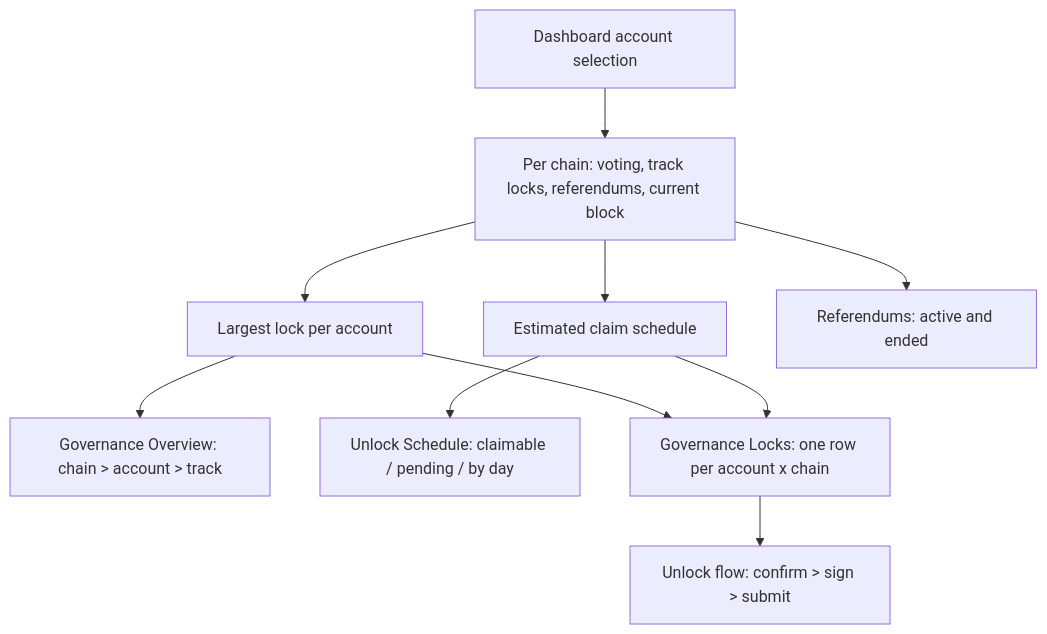
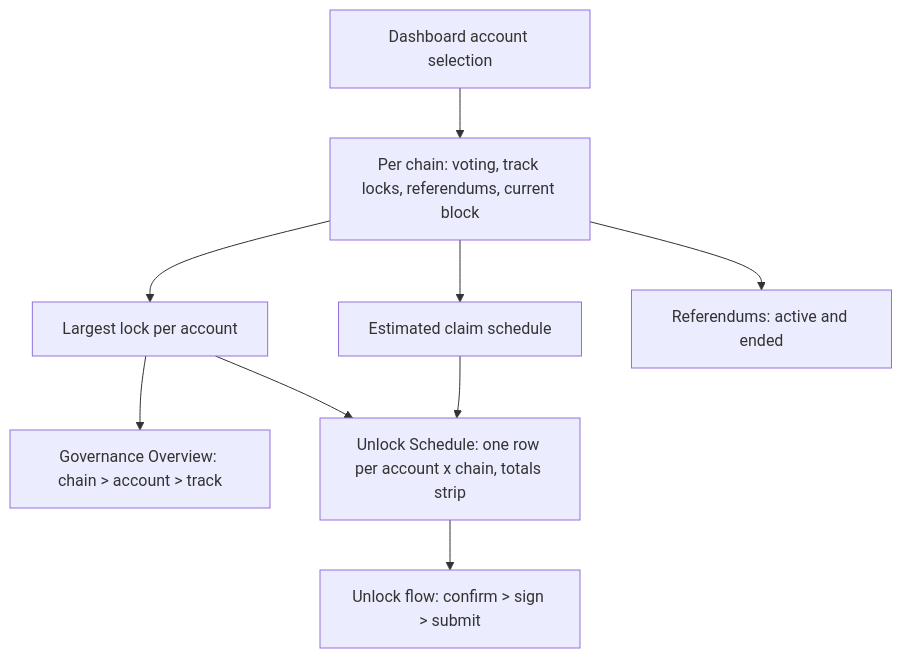
The diagram in src/renderer/features/dashboard-governance/README.md (novasamatech/nova-spektr), drawn with Mermaid before and after one commit. The commit also changed other lines of this file and 2 other files, not shown here.

Commit message:
docs(governance): unlock schedule spec after the locks merge

````diff
--- a/src/renderer/features/dashboard-governance/README.md
+++ b/src/renderer/features/dashboard-governance/README.md
@@ -169,12 +165,11 @@
 ```mermaid
 flowchart TD
     SEL["Dashboard account selection"] --> CHAIN["Per chain: voting, track locks, referendums, current block"]
     CHAIN --> LOCK["Largest lock per account"]
     CHAIN --> SCHED["Estimated claim schedule"]
     LOCK --> OVER["Governance Overview: chain > account > track"]
-    SCHED --> UNLOCK["Unlock Schedule: claimable / pending / by day"]
     CHAIN --> REFS["Referendums: active and ended"]
-    LOCK --> LOCKS["Governance Locks: one row per account x chain"]
-    SCHED --> LOCKS
-    LOCKS --> FLOW["Unlock flow: confirm > sign > submit"]
+    LOCK --> ROWS["Unlock Schedule: one row per account x chain, totals strip"]
+    SCHED --> ROWS
+    ROWS --> FLOW["Unlock flow: confirm > sign > submit"]
 ```
````
